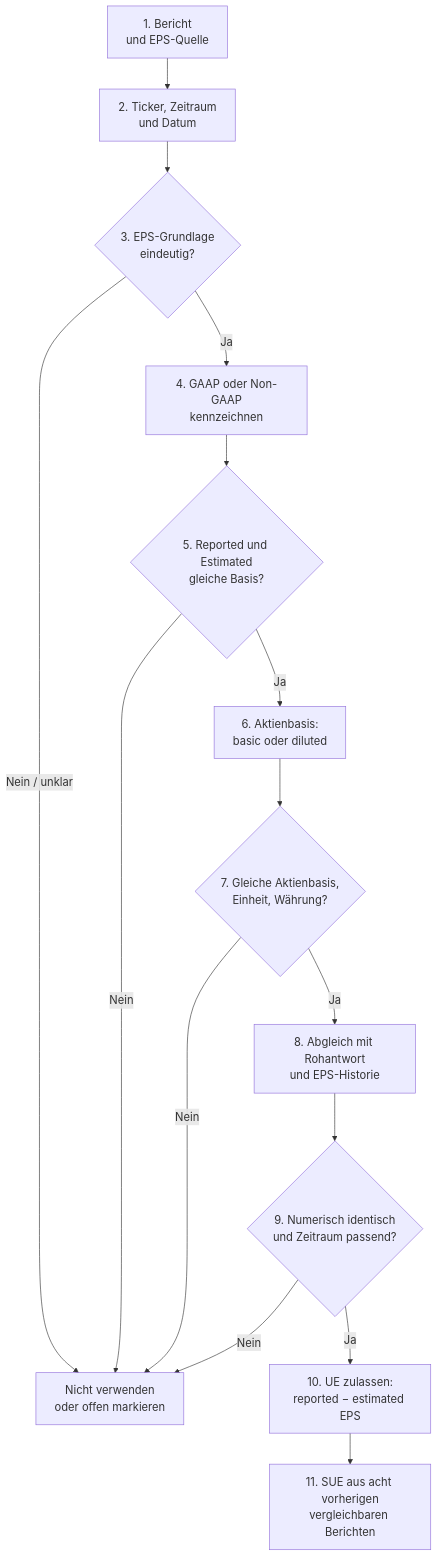
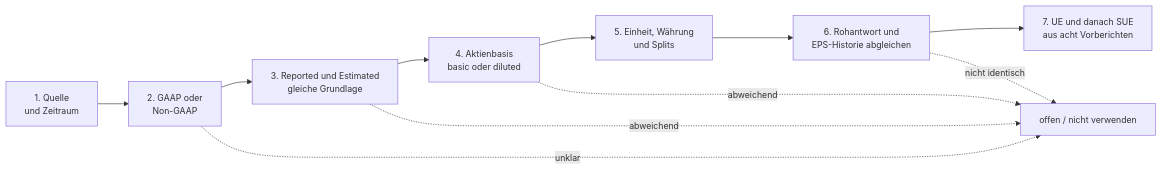
One commit to JohannPongra/event-study-car-reproduzierbar changed the second of 2 diagrams in README.md. Above: the diagram before and after it, drawn with Mermaid. The commit also changed other lines of this file, not shown here.

Commit message:
Verkuerze README-Flowcharts

````diff
--- a/README.md
+++ b/README.md
@@ -73,18 +65,14 @@
 ```mermaid
-%%{init: {"themeVariables": {"fontSize": "18px"}}}%%
-flowchart TD
-    A["1. Bericht<br/>und EPS-Quelle"] --> B["2. Ticker, Zeitraum<br/>und Datum"]
-    B --> C{"3. EPS-Grundlage<br/>eindeutig?"}
-    C -- "Nein / unklar" --> Z["Nicht verwenden<br/>oder offen markieren"]
-    C -- "Ja" --> D["4. GAAP oder Non-GAAP<br/>kennzeichnen"]
-    D --> E{"5. Reported und Estimated<br/>gleiche Basis?"}
-    E -- "Nein" --> Z
-    E -- "Ja" --> F["6. Aktienbasis:<br/>basic oder diluted"]
-    F --> G{"7. Gleiche Aktienbasis,<br/>Einheit, Währung?"}
-    G -- "Nein" --> Z
-    G -- "Ja" --> H["8. Abgleich mit Rohantwort<br/>und EPS-Historie"]
-    H --> I{"9. Numerisch identisch<br/>und Zeitraum passend?"}
-    I -- "Nein" --> Z
-    I -- "Ja" --> J["10. UE zulassen:<br/>reported − estimated EPS"]
-    J --> K["11. SUE aus acht vorherigen<br/>vergleichbaren Berichten"]
+%%{init: {"themeVariables": {"fontSize": "14px"}}}%%
+flowchart LR
+    A["1. Quelle<br/>und Zeitraum"] --> B["2. GAAP oder<br/>Non-GAAP"]
+    B --> C["3. Reported und Estimated<br/>gleiche Grundlage"]
+    C --> D["4. Aktienbasis<br/>basic oder diluted"]
+    D --> E["5. Einheit, Währung<br/>und Splits"]
+    E --> F["6. Rohantwort und<br/>EPS-Historie abgleichen"]
+    F --> G["7. UE und danach SUE<br/>aus acht Vorberichten"]
+    B -. "unklar" .-> X["offen / nicht verwenden"]
+    C -. "abweichend" .-> X
+    D -. "abweichend" .-> X
+    F -. "nicht identisch" .-> X
 ```
````
